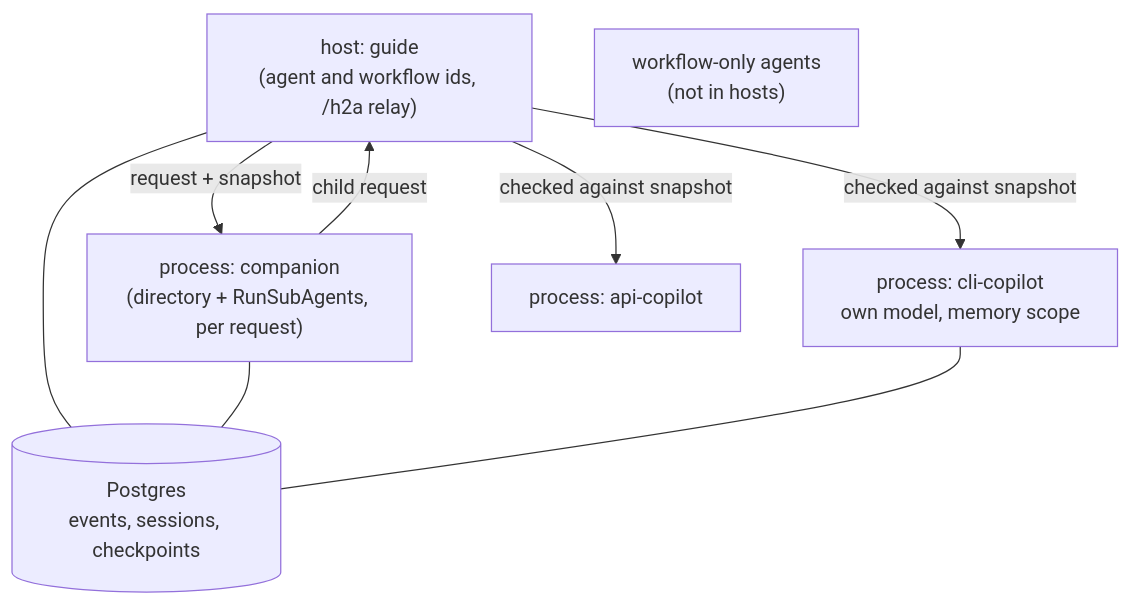
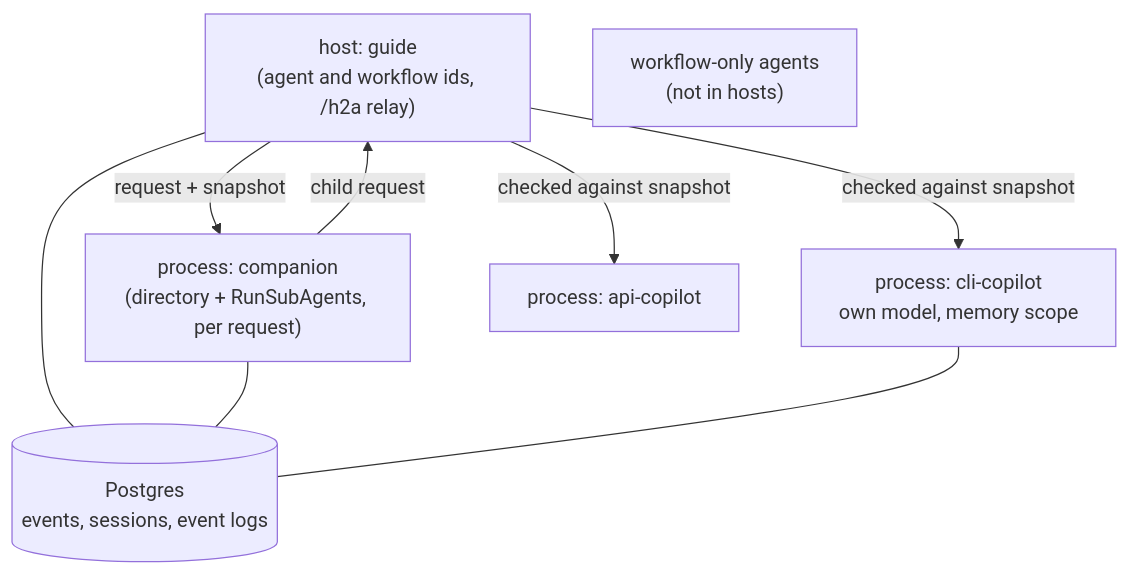
Before and after one commit to imsid/mashpy: the diagram in docs/posts/composing-agents.md, drawn with Mermaid. The commit also changed other lines of this file and 132 other files, not shown here.

````diff
--- a/docs/posts/composing-agents.md
+++ b/docs/posts/composing-agents.md
@@ -97,16 +99,16 @@
 ```mermaid
 flowchart TD
     H["host: guide\n(agent and workflow ids, /h2a relay)"]
     C["process: companion\n(directory + RunSubAgents, per request)"]
     A["process: cli-copilot\nown model, memory scope"]
     B["process: api-copilot"]
     W["workflow-only agents\n(not in hosts)"]
     H -- "request + snapshot" --> C
     C -- "child request" --> H
     H -- "checked against snapshot" --> A
     H -- "checked against snapshot" --> B
-    PG[("Postgres\nevents, sessions, checkpoints")]
+    PG[("Postgres\nevents, sessions, event logs")]
     H --- PG
     C --- PG
     A --- PG
 ```
````
